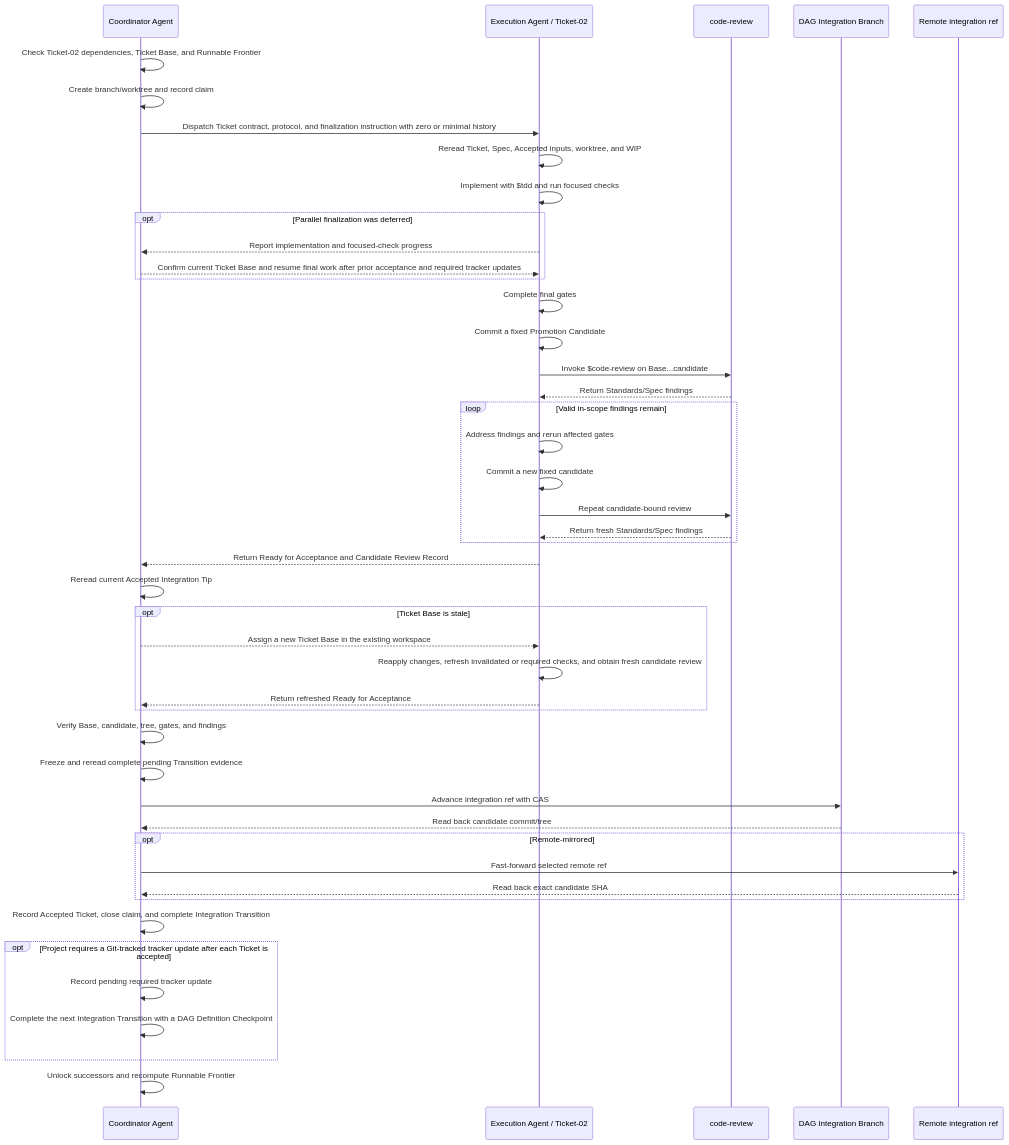
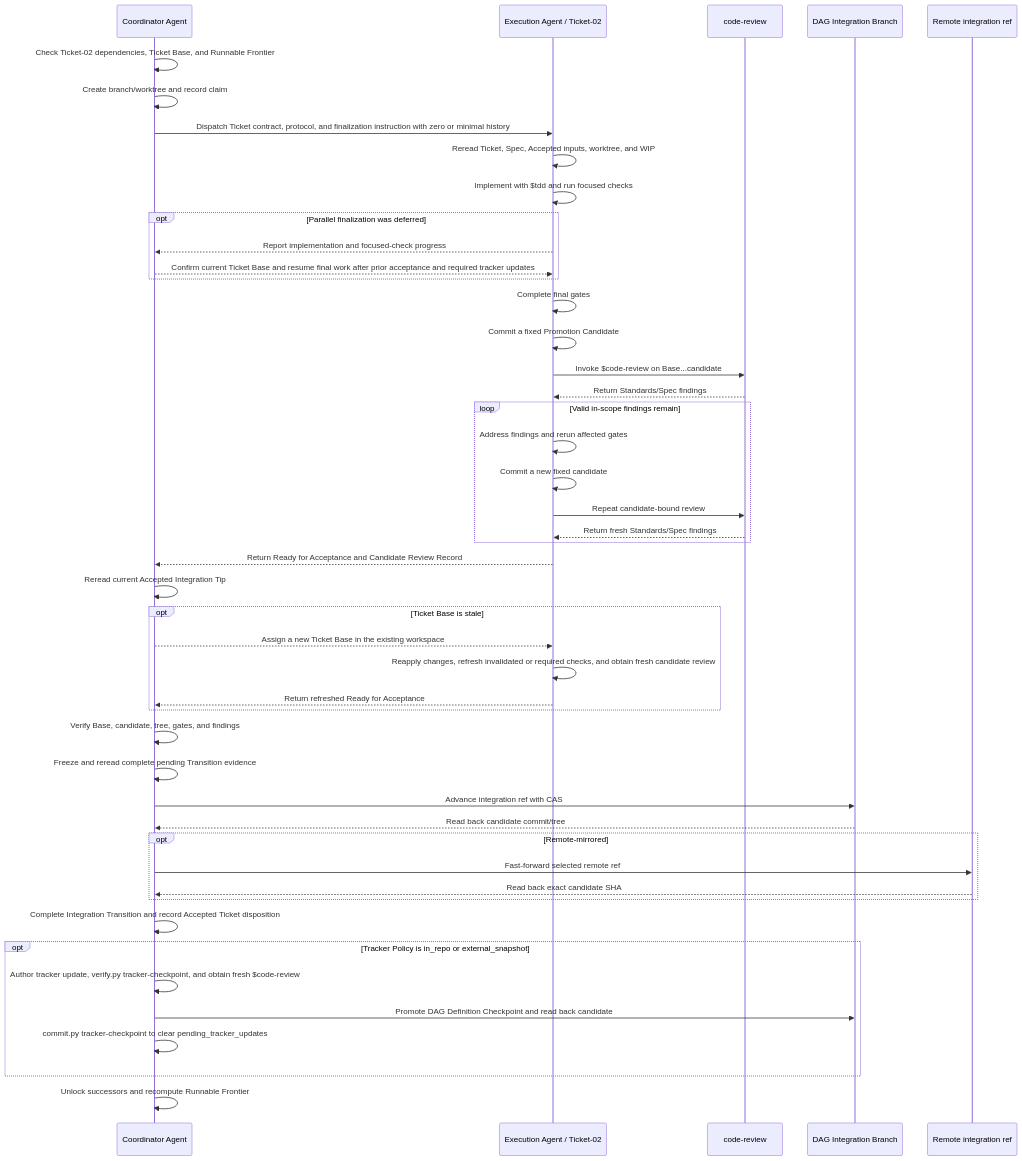
One commit to RedHeartSecretMan/dag-skill changed the diagram in README.md. Above: the diagram before and after it, drawn with Mermaid. The commit also changed other lines of this file and 69 other files, not shown here.

````diff
--- a/README.md
+++ b/README.md
@@ -84,58 +80,59 @@
 ```mermaid
 sequenceDiagram
     participant C as Coordinator Agent
     participant E as Execution Agent / Ticket-02
     participant R as code-review
     participant I as DAG Integration Branch
     participant M as Remote integration ref
 
     C->>C: Check Ticket-02 dependencies, Ticket Base, and Runnable Frontier
     C->>C: Create branch/worktree and record claim
     C->>E: Dispatch Ticket contract, protocol, and finalization instruction with zero or minimal history
 
     E->>E: Reread Ticket, Spec, Accepted inputs, worktree, and WIP
     E->>E: Implement with $tdd and run focused checks
     opt Parallel finalization was deferred
         E-->>C: Report implementation and focused-check progress
         C-->>E: Confirm current Ticket Base and resume final work after prior acceptance and required tracker updates
     end
     E->>E: Complete final gates
     E->>E: Commit a fixed Promotion Candidate
     E->>R: Invoke $code-review on Base...candidate
     R-->>E: Return Standards/Spec findings
 
     loop Valid in-scope findings remain
         E->>E: Address findings and rerun affected gates
         E->>E: Commit a new fixed candidate
         E->>R: Repeat candidate-bound review
         R-->>E: Return fresh Standards/Spec findings
     end
 
     E-->>C: Return Ready for Acceptance and Candidate Review Record
     C->>C: Reread current Accepted Integration Tip
 
     opt Ticket Base is stale
         C-->>E: Assign a new Ticket Base in the existing workspace
         E->>E: Reapply changes, refresh invalidated or required checks, and obtain fresh candidate review
         E-->>C: Return refreshed Ready for Acceptance
     end
 
     C->>C: Verify Base, candidate, tree, gates, and findings
     C->>C: Freeze and reread complete pending Transition evidence
     C->>I: Advance integration ref with CAS
     I-->>C: Read back candidate commit/tree
 
     opt Remote-mirrored
         C->>M: Fast-forward selected remote ref
         M-->>C: Read back exact candidate SHA
     end
 
-    C->>C: Record Accepted Ticket, close claim, and complete Integration Transition
+    C->>C: Complete Integration Transition and record Accepted Ticket disposition
 
-    opt Project requires a Git-tracked tracker update after each Ticket is accepted
-        C->>C: Record pending required tracker update
-        C->>C: Complete the next Integration Transition with a DAG Definition Checkpoint
+    opt Tracker Policy is in_repo or external_snapshot
+        C->>C: Author tracker update, verify.py tracker-checkpoint, and obtain fresh $code-review
+        C->>I: Promote DAG Definition Checkpoint and read back candidate
+        C->>C: commit.py tracker-checkpoint to clear pending_tracker_updates
     end
 
     C->>C: Unlock successors and recompute Runnable Frontier
 ```
````
